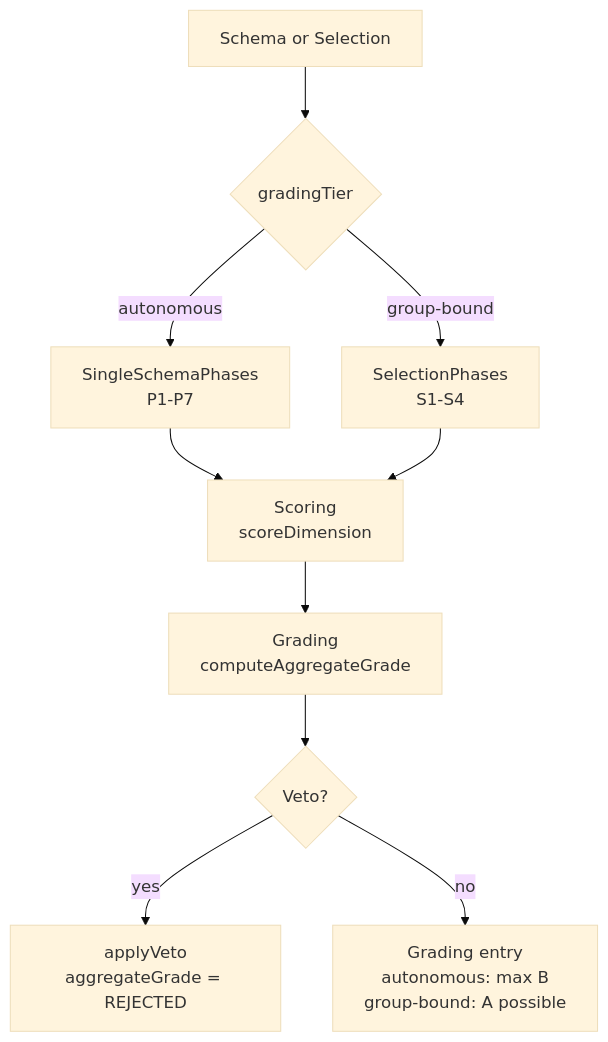
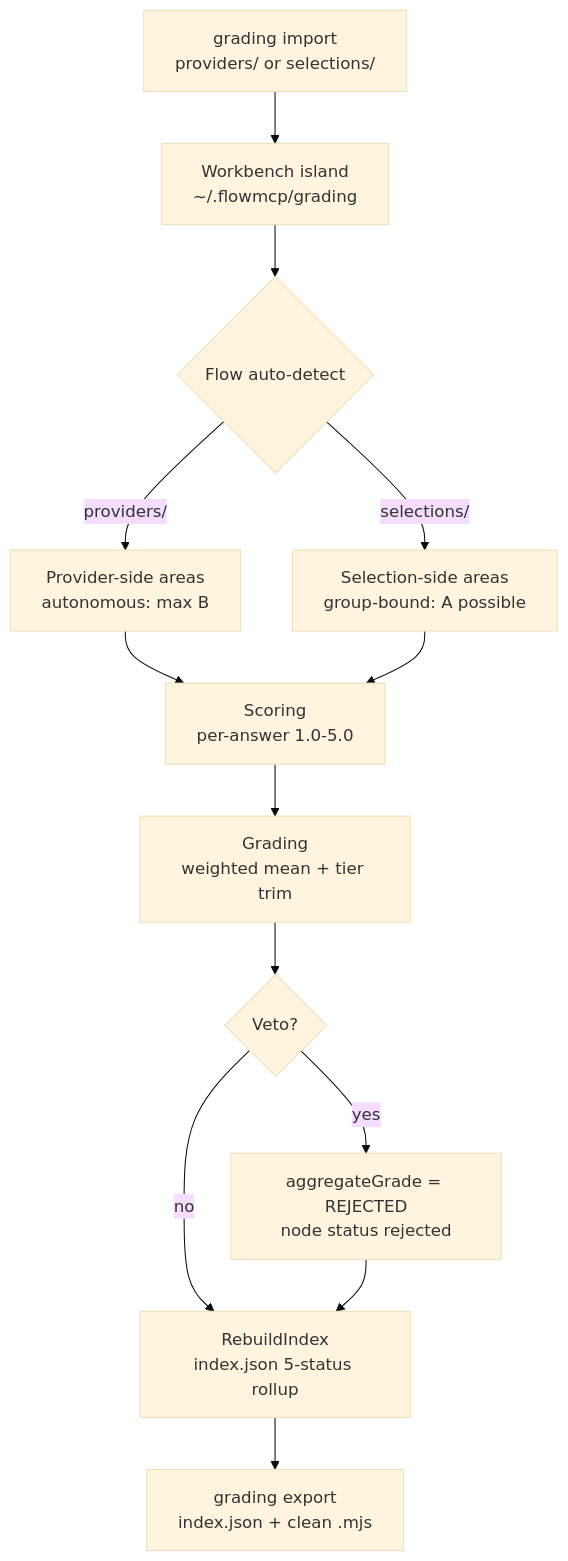
Before and after one commit to FlowMCP/flowmcp-grading: the diagram in README.md, drawn with Mermaid (base theme). The commit also changed other lines of this file, not shown here.

Commit message:
docs: rewrite README for gradingSpec v2 #30

````diff
--- a/README.md
+++ b/README.md
@@ -124,12 +240,15 @@
 ```mermaid
 flowchart TD
-    A[Schema or Selection] --> B{gradingTier}
-    B -- autonomous --> C[SingleSchemaPhases<br/>P1-P7]
-    B -- group-bound --> D[SelectionPhases<br/>S1-S4]
-    C --> E[Scoring<br/>scoreDimension]
-    D --> E
-    E --> F[Grading<br/>computeAggregateGrade]
-    F --> G{Veto?}
-    G -- yes --> H[applyVeto<br/>aggregateGrade = REJECTED]
-    G -- no --> I[Grading entry<br/>autonomous: max B<br/>group-bound: A possible]
+    A[grading import<br/>providers/ or selections/] --> B[Workbench island<br/>~/.flowmcp/grading]
+    B --> C{Flow auto-detect}
+    C -- providers/ --> D[Provider-side areas<br/>autonomous: max B]
+    C -- selections/ --> E[Selection-side areas<br/>group-bound: A possible]
+    D --> F[Scoring<br/>per-answer 1.0-5.0]
+    E --> F
+    F --> G[Grading<br/>weighted mean + tier trim]
+    G --> H{Veto?}
+    H -- yes --> I[aggregateGrade = REJECTED<br/>node status rejected]
+    H -- no --> J[RebuildIndex<br/>index.json 5-status rollup]
+    I --> J
+    J --> K[grading export<br/>index.json + clean .mjs]
 ```
````
